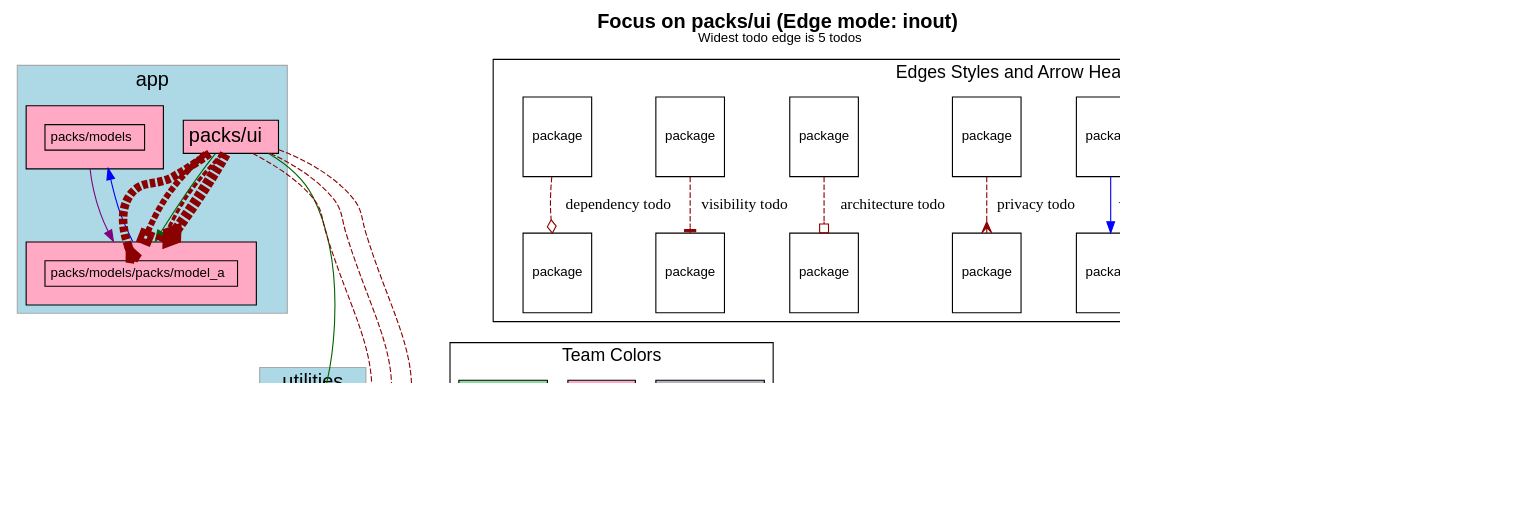
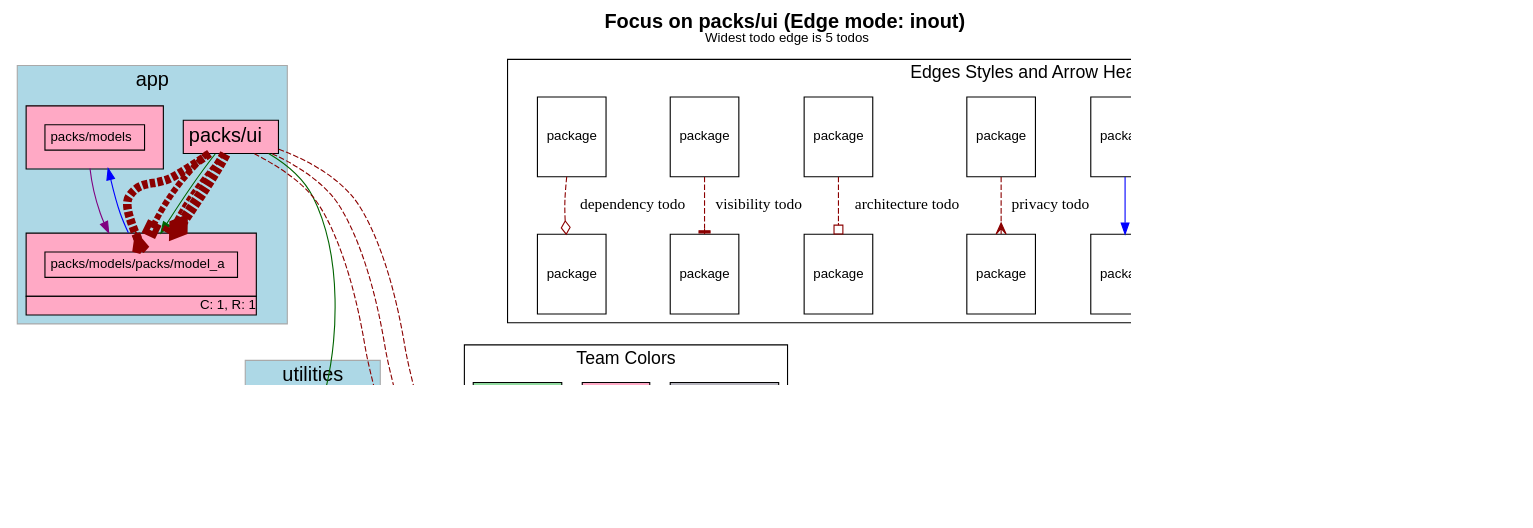
The diagram in spec/sample_app1/test_output/focussed_on_packs_ui_focus_edges.dot (rubyatscale/visualize_packs), drawn with Graphviz before and after one commit. The commit also changed 29 other files, not shown here.

```diff
--- a/spec/sample_app1/test_output/focussed_on_packs_ui_focus_edges.dot
+++ b/spec/sample_app1/test_output/focussed_on_packs_ui_focus_edges.dot
@@ -36,7 +36,8 @@
                   <table border='0' cellborder='1' cellspacing='0' cellpadding='4'>
                     <tr> <td port='private'> packs/models </td> </tr>
                   </table>
-                </td></tr></table>
+                  </td></tr>
+                  </table>
               >
           ]
         
@@ -51,7 +52,9 @@
                   <table border='0' cellborder='1' cellspacing='0' cellpadding='4'>
                     <tr> <td port='private'> packs/models/packs/model_a </td> </tr>
                   </table>
-                </td></tr></table>
+                  </td></tr>
+                  <tr><td CELLPADDING='1' ALIGN='RIGHT'>C: 1, R: 1</td></tr>
+                  </table>
               >
           ]
         
@@ -85,6 +88,7 @@
             label= <
                 <table border='0' cellborder='1' cellspacing='0' cellpadding='4'>
                   <tr> <td align='left'> packs/utility </td> </tr>
+                  <tr><td CELLPADDING='1' ALIGN='RIGHT'>C: 1, D: 0, R: 1, T: 0</td></tr>
                 </table>
               >
           ]
```
